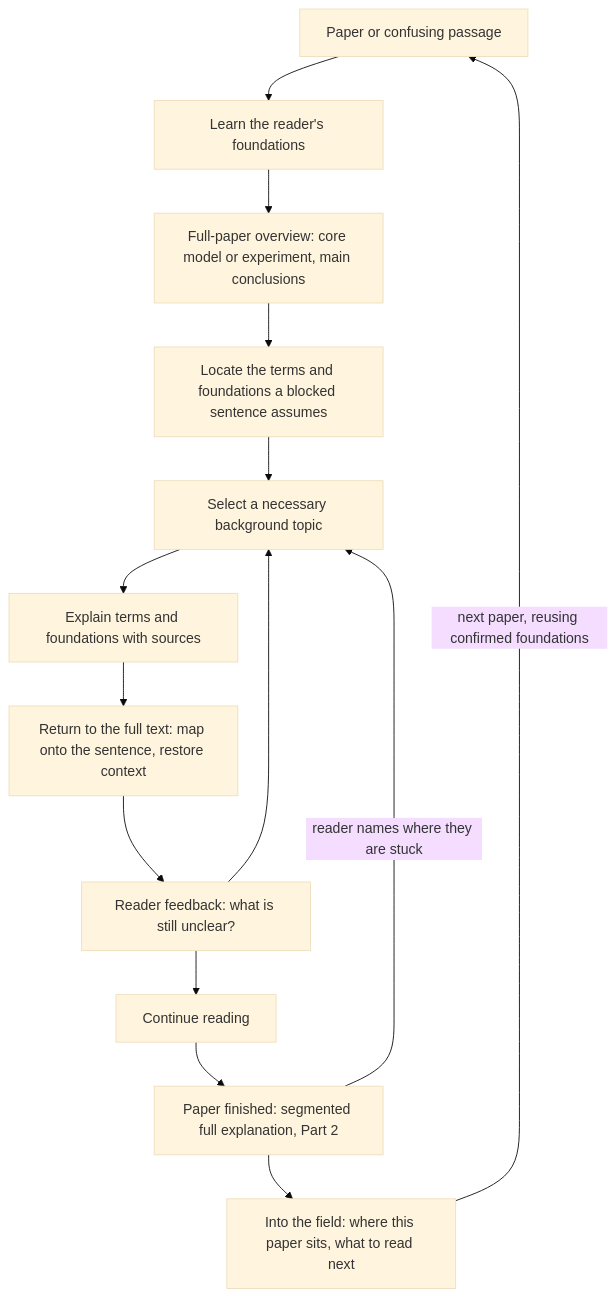
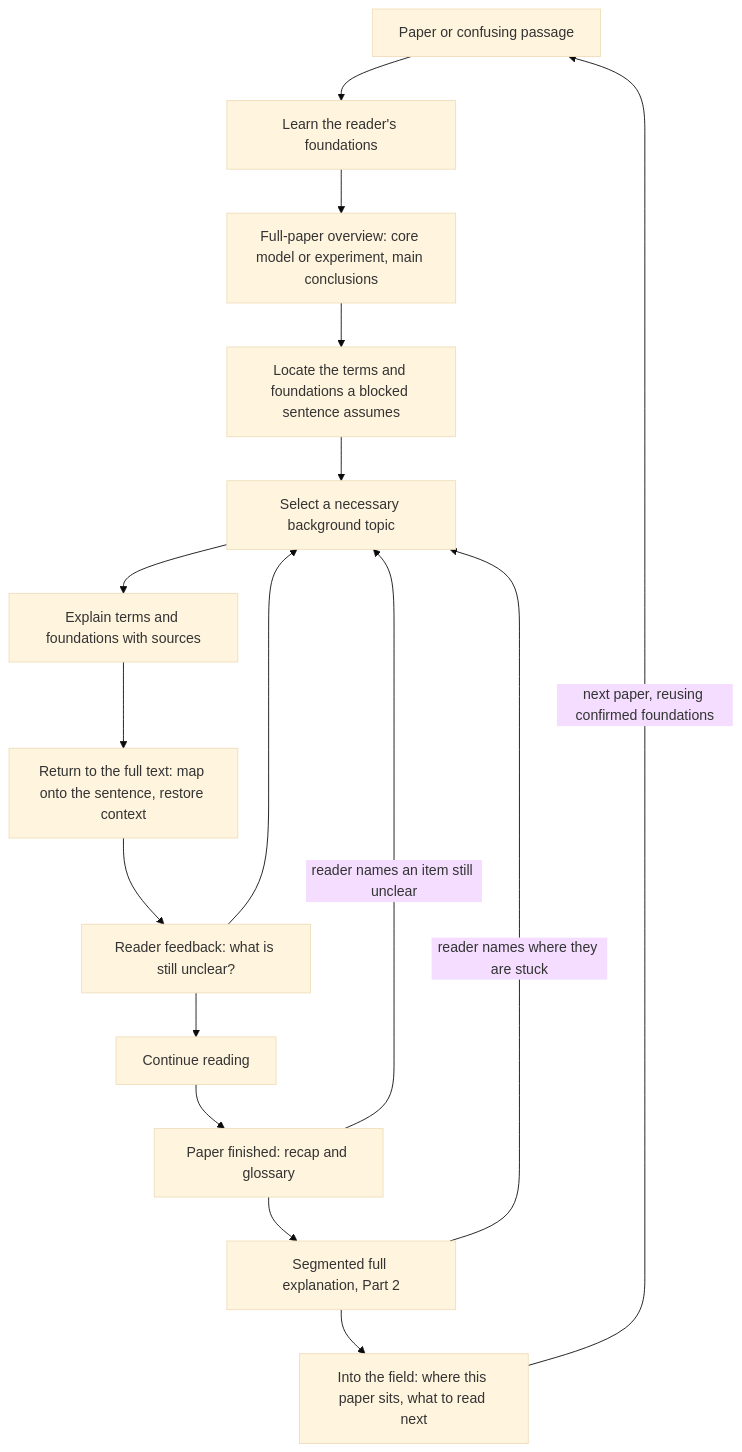
One commit to relativity143/an-agent-for-paper-reading changed the diagram in README.md. Above: the diagram before and after it, drawn with Mermaid (base theme). The commit also changed other lines of this file and 2 other files, not shown here.

First line of the commit message:
docs: add a Part 1 recap and glossary before Part 2, specify round five

````diff
--- a/README.md
+++ b/README.md
@@ -78,16 +80,18 @@
 ```mermaid
 flowchart TD
     A[Paper or confusing passage] --> C[Learn the reader's foundations]
     C --> O[Full-paper overview: core model or experiment, main conclusions]
     O --> B[Locate the terms and foundations a blocked sentence assumes]
     B --> D[Select a necessary background topic]
     D --> E[Explain terms and foundations with sources]
     E --> F[Return to the full text: map onto the sentence, restore context]
     F --> G[Reader feedback: what is still unclear?]
     G --> D
     G --> H[Continue reading]
-    H --> P[Paper finished: segmented full explanation, Part 2]
+    H --> R[Paper finished: recap and glossary]
+    R -->|reader names an item still unclear| D
+    R --> P[Segmented full explanation, Part 2]
     P -->|reader names where they are stuck| D
     P --> Q[Into the field: where this paper sits, what to read next]
     Q -->|next paper, reusing confirmed foundations| A
 ```
````
